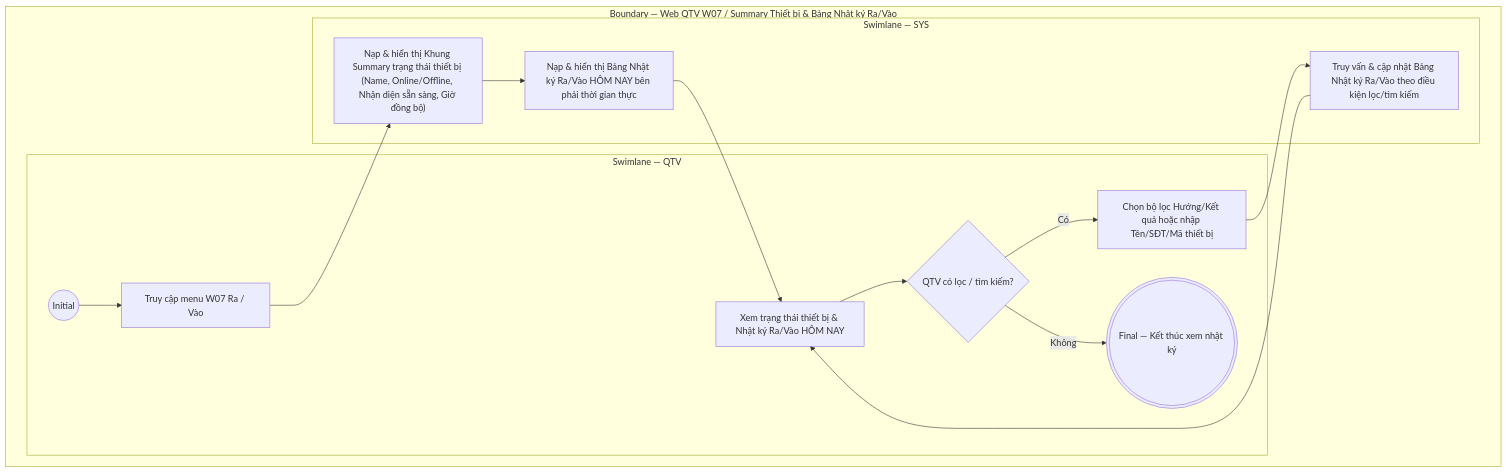
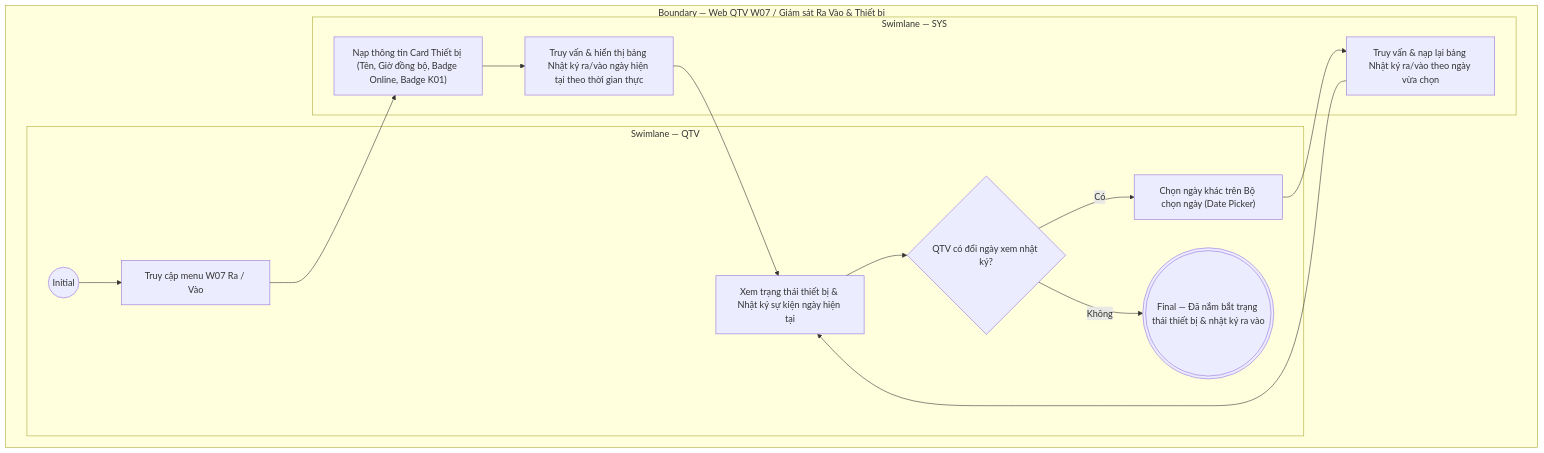
Before and after one commit to ThachY-23120411/Paradise-Gym-v2: the diagram in docs/user-stories/qtv/QTV-W07-Ra vào & check-in/QTV-W07-US03-Xem nhật ký Ra Vào và theo dõi trạng thái thiết bị.md, drawn with Mermaid. The commit also changed other lines of this file and 97 other files, not shown here.

````diff
--- a/docs/user-stories/qtv/QTV-W07-Ra vào & check-in/QTV-W07-US03-Xem nhật ký Ra Vào và theo dõi trạng thái thiết bị.md
+++ b/docs/user-stories/qtv/QTV-W07-Ra vào & check-in/QTV-W07-US03-Xem nhật ký Ra Vào và theo dõi trạng thái thiết bị.md
@@ -41,27 +67,30 @@
 ```mermaid
 flowchart TB
-  subgraph B["Boundary — Web QTV W07 / Summary Thiết bị & Bảng Nhật ký Ra/Vào"]
+  subgraph B["Boundary — Web QTV W07 / Giám sát Ra Vào & Thiết bị"]
     subgraph L0["Swimlane — QTV"]
       I01(("Initial"))
       A01["Truy cập menu W07 Ra / Vào"]
-      A02["Xem trạng thái thiết bị & Nhật ký Ra/Vào HÔM NAY"]
-      D01{"QTV có lọc / tìm kiếm?"}
-      A03["Chọn bộ lọc Hướng/Kết quả hoặc nhập Tên/SĐT/Mã thiết bị"]
-      F01((("Final — Kết thúc xem nhật ký")))
+      A02["Xem trạng thái thiết bị & Nhật ký sự kiện ngày hiện tại"]
+      D01{"QTV có đổi ngày xem nhật ký?"}
+      A03["Chọn ngày khác trên Bộ chọn ngày (Date Picker)"]
+      F01((("Final — Đã nắm bắt trạng thái thiết bị & nhật ký ra vào")))
 
       I01 --> A01
       A02 --> D01
       D01 -- "Có" --> A03
       D01 -- "Không" --> F01
     end
 
     subgraph L1["Swimlane — SYS"]
-      S01["Nạp & hiển thị Khung Summary trạng thái thiết bị (Name, Online/Offline, Nhận diện sẵn sàng, Giờ đồng bộ)"]
-      S02["Nạp & hiển thị Bảng Nhật ký Ra/Vào HÔM NAY bên phải thời gian thực"]
-      S03["Truy vấn & cập nhật Bảng Nhật ký Ra/Vào theo điều kiện lọc/tìm kiếm"]
+      S01["Nạp thông tin Card Thiết bị (Tên, Giờ đồng bộ, Badge Online, Badge K01)"]
+      S02["Truy vấn & hiển thị bảng Nhật ký ra/vào ngày hiện tại theo thời gian thực"]
+      S03["Truy vấn & nạp lại bảng Nhật ký ra/vào theo ngày vừa chọn"]
 
-      A01 --> S01 --> S02 --> A02
-      A03 --> S03 --> A02
+      A01 --> S01
+      S01 --> S02
+      S02 --> A02
+      A03 --> S03
+      S03 --> A02
     end
   end
 ```
````
